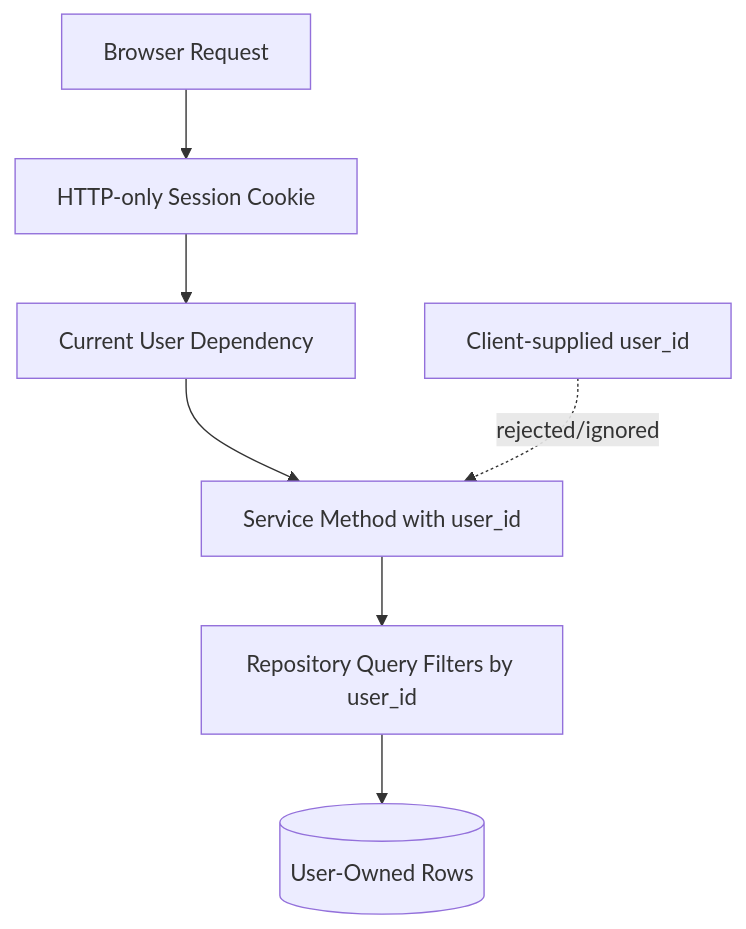
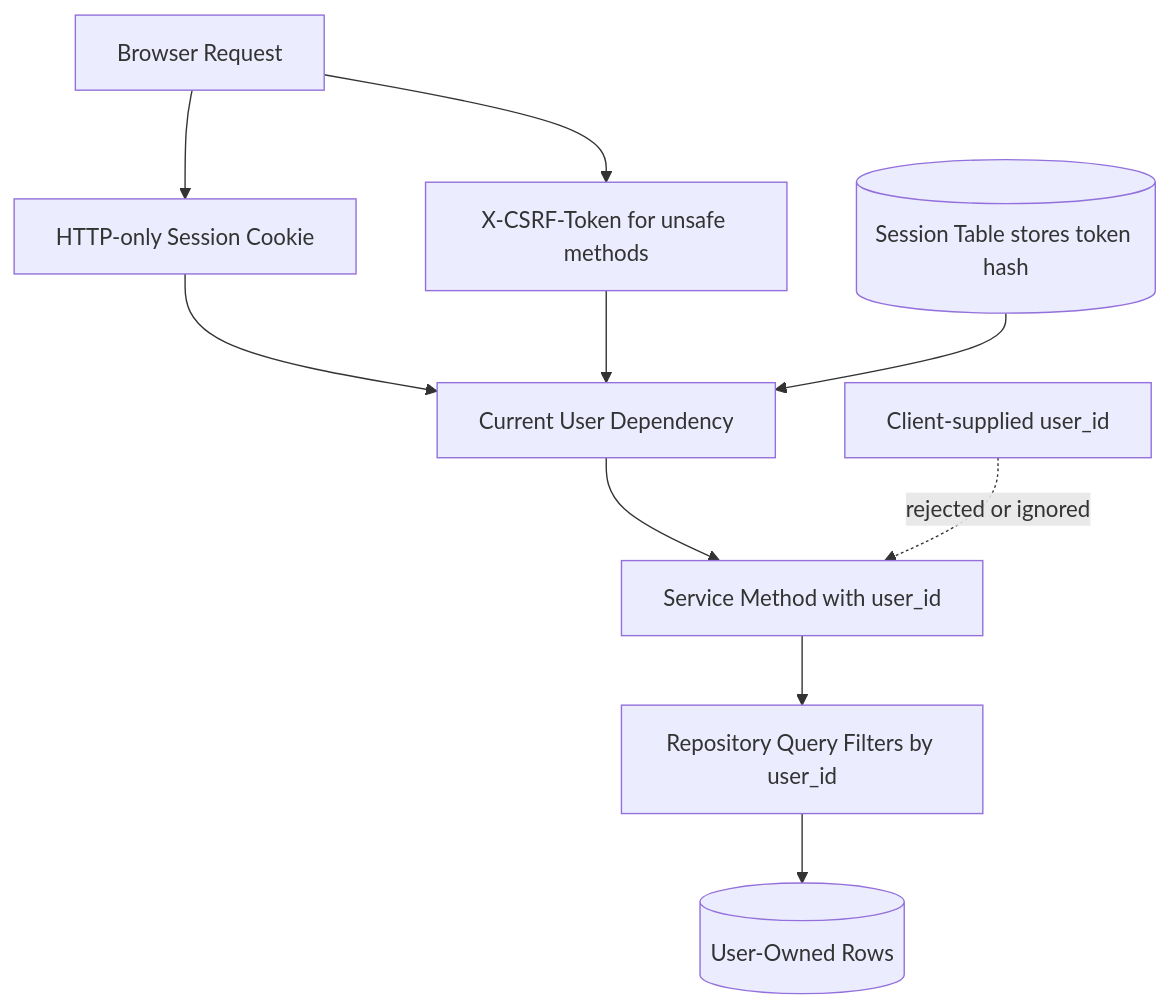
One commit to NatiSeifu/goal-wise changed the diagram in docs/adr/0005-auth-sessions-and-ownership.md. Above: the diagram before and after it, drawn with Mermaid. The commit also changed other lines of this file and 23 other files, not shown here.

Commit message:
docs: add architecture decisions and MVP specs

````diff
--- a/docs/adr/0005-auth-sessions-and-ownership.md
+++ b/docs/adr/0005-auth-sessions-and-ownership.md
@@ -17,10 +23,13 @@
 ```mermaid
 flowchart TD
     Request[Browser Request] --> Cookie[HTTP-only Session Cookie]
     Cookie --> Auth[Current User Dependency]
+    Request --> CSRF[X-CSRF-Token for unsafe methods]
+    CSRF --> Auth
     Auth --> Service[Service Method with user_id]
     Service --> Repo[Repository Query Filters by user_id]
     Repo --> Data[(User-Owned Rows)]
 
-    BadID[Client-supplied user_id] -. rejected/ignored .-> Service
+    SessionDB[(Session Table stores token hash)] --> Auth
+    BadID[Client-supplied user_id] -. rejected or ignored .-> Service
 ```
````
